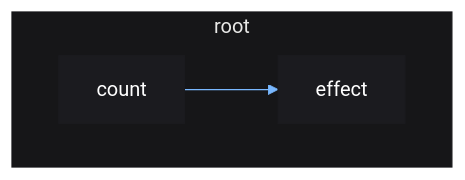
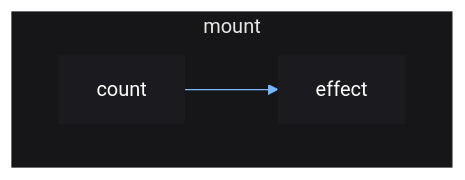
One commit to centau/vide changed the diagram in docs/tut/crash-course/6-root.md. Above: the diagram before and after it, drawn with Mermaid. The commit also changed other lines of this file and 15 other files, not shown here.

````diff
--- a/docs/tut/crash-course/6-root.md
+++ b/docs/tut/crash-course/6-root.md
@@ -30,20 +41,20 @@
 ```mermaid
 %%{init: {
     "theme": "base",
     "themeVariables": {
         "primaryColor": "#1B1B1F",
         "primaryTextColor": "#fff",
         "primaryBorderColor": "#1B1B1F",
         "lineColor": "#79B8FF",
         "tertiaryColor": "#161618",
         "tertiaryBorderColor": "#161618"
     }
 }}%%
 
-flowchart
+graph
 
-subgraph root
+subgraph root["mount"]
     direction LR
     count --> effect
 end
 ```
````
